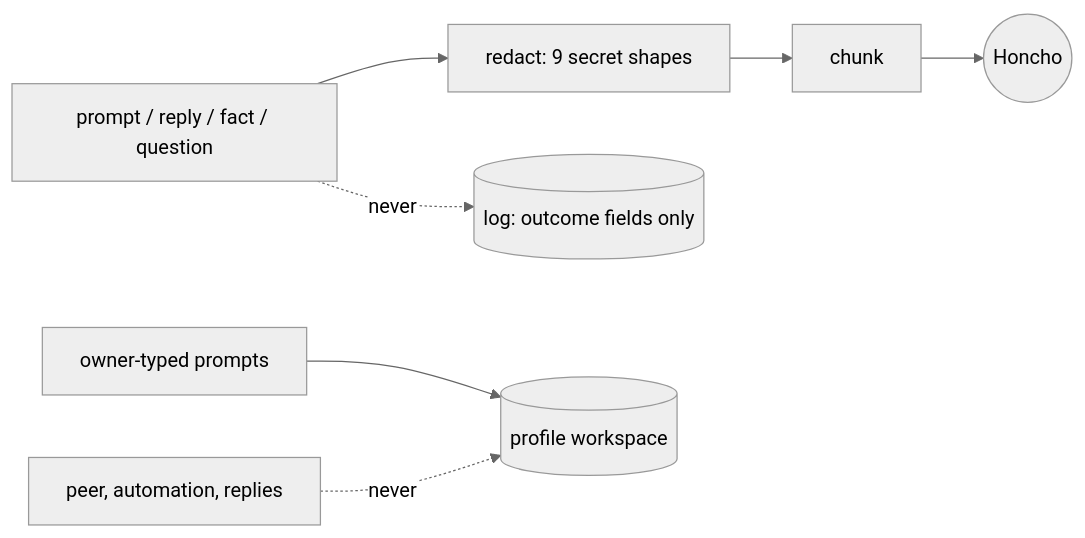
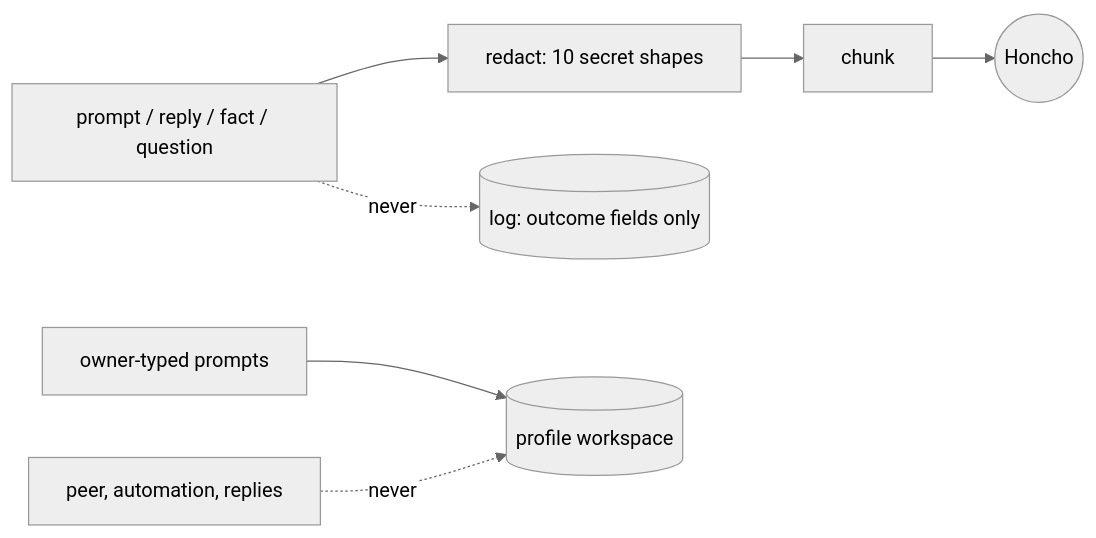
Before and after one commit to GravLabs/openrig-honcho: the ninth of 9 diagrams in docs/DESIGN.md, drawn with Mermaid (neutral theme). The commit also changed other lines of this file and 18 other files, not shown here.

````diff
--- a/docs/DESIGN.md
+++ b/docs/DESIGN.md
@@ -340,7 +354,7 @@
 ```mermaid
 flowchart LR
-  T[prompt / reply / fact / question] --> R[redact: 9 secret shapes] --> C[chunk] --> OUT((Honcho))
+  T[prompt / reply / fact / question] --> R[redact: 10 secret shapes] --> C[chunk] --> OUT((Honcho))
   T -.never.-> LOG[(log: outcome fields only)]
   OWN[owner-typed prompts] --> PROF[(profile workspace)]
   PEER[peer, automation, replies] -.never.-> PROF
 ```
````
